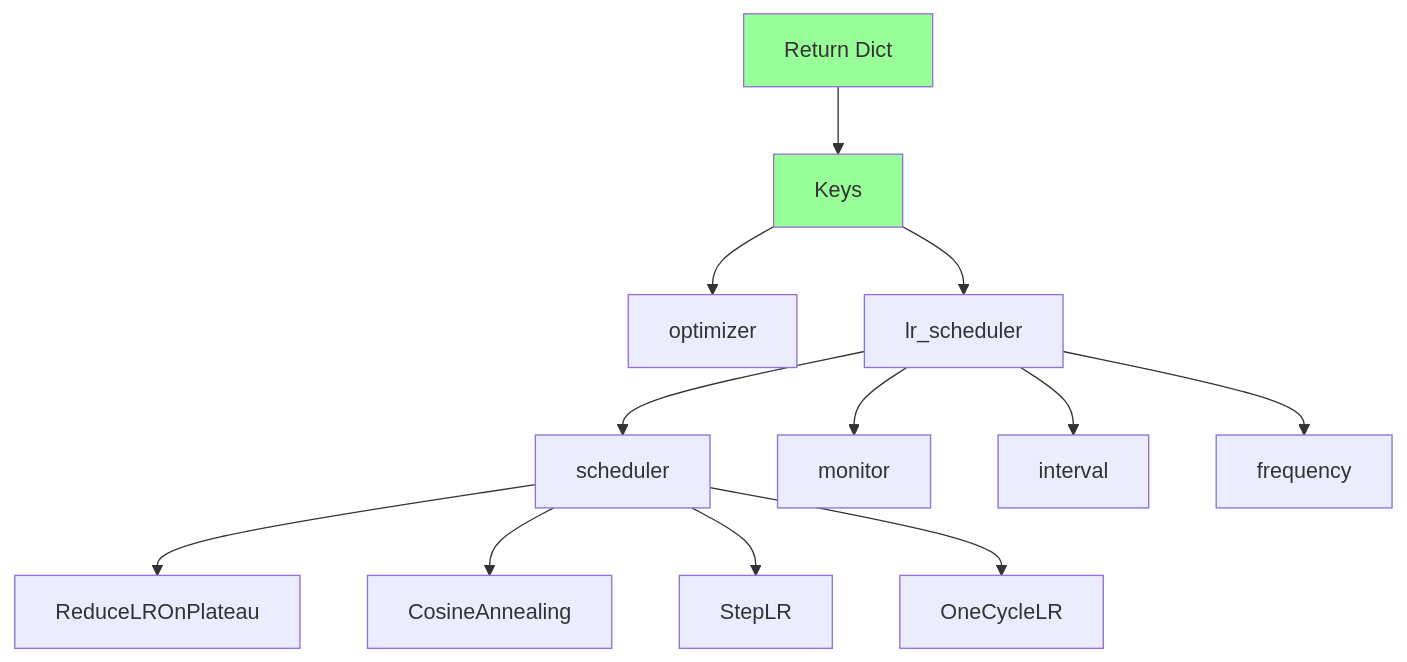
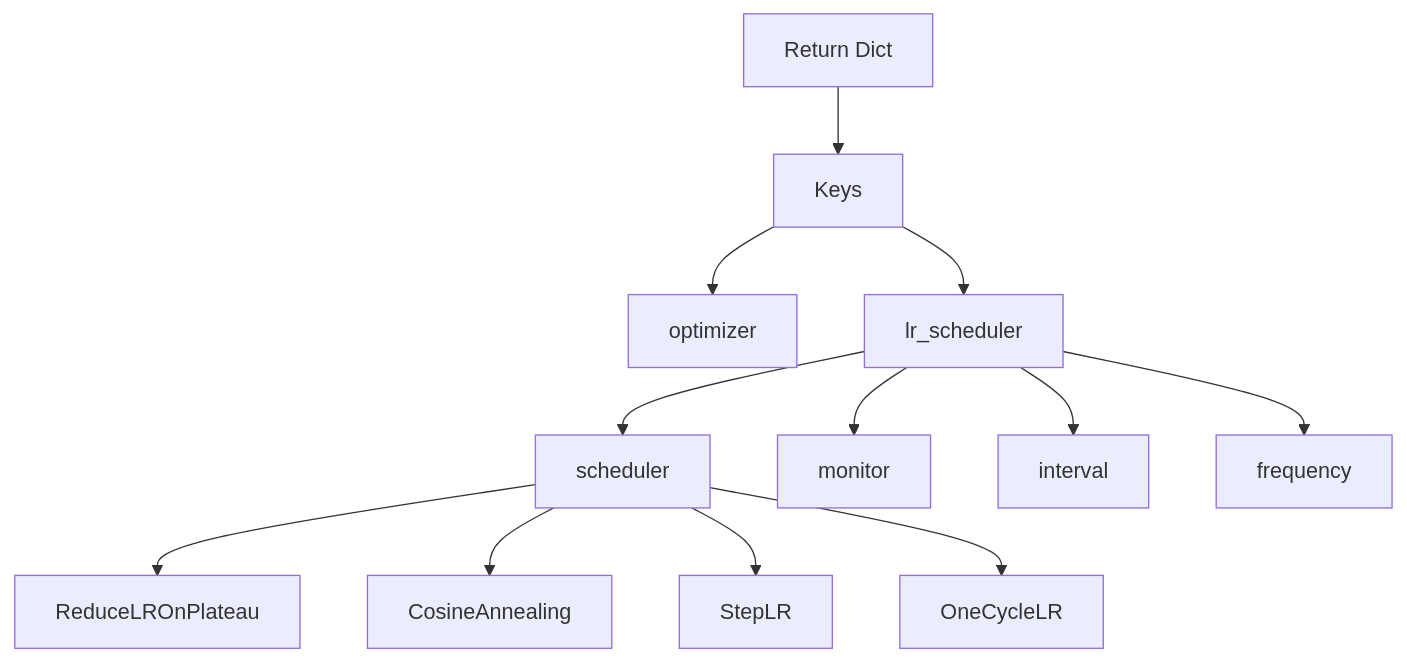
The second of 2 diagrams in docs/deep-learning/pytorch-lightning/04-custom-implementation/04-optimizer-scheduler.mdx (SAILTECHTEAM/knowledge-base), drawn with Mermaid before and after one commit. The commit also changed other lines of this file and 7 other files, not shown here.

````diff
--- a/docs/deep-learning/pytorch-lightning/04-custom-implementation/04-optimizer-scheduler.mdx
+++ b/docs/deep-learning/pytorch-lightning/04-custom-implementation/04-optimizer-scheduler.mdx
@@ -543,19 +541,17 @@
 ```mermaid
 flowchart TD
     A[Return Dict] --> B[Keys]
     B --> C[optimizer]
     B --> D[lr_scheduler]
     
     D --> E[scheduler]
     D --> F[monitor]
     D --> G[interval]
     D --> H[frequency]
     
     E --> I[ReduceLROnPlateau]
     E --> J[CosineAnnealing]
     E --> K[StepLR]
     E --> L[OneCycleLR]
     
-    style A fill:#9f9
-    style B fill:#9f9
 ```
````
